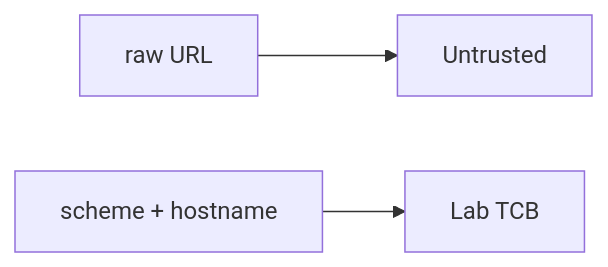
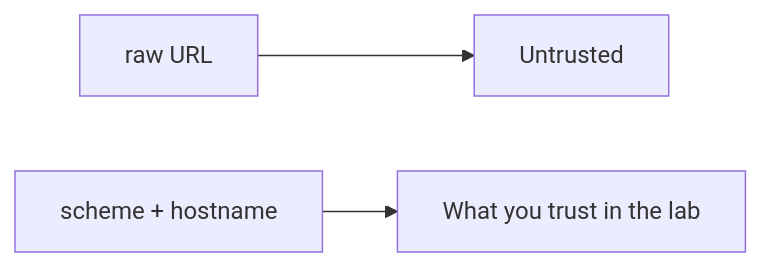
Before and after one commit to ishitvagoel/LearnSecurity: the second of 2 diagrams in content/modules/6/6.5/lessons/02-model.md, drawn with Mermaid. The commit also changed other lines of this file and 55 other files, not shown here.

````diff
--- a/content/modules/6/6.5/lessons/02-model.md
+++ b/content/modules/6/6.5/lessons/02-model.md
@@ -27,5 +28,5 @@
 ```mermaid
 flowchart LR
   String[raw URL] --> Untrusted[Untrusted]
-  Parsed[scheme + hostname] --> TCB[Lab TCB]
+  Parsed[scheme + hostname] --> TCB[What you trust in the lab]
 ```
````
